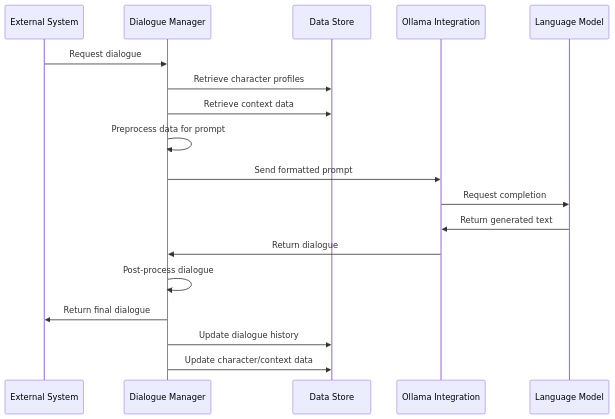
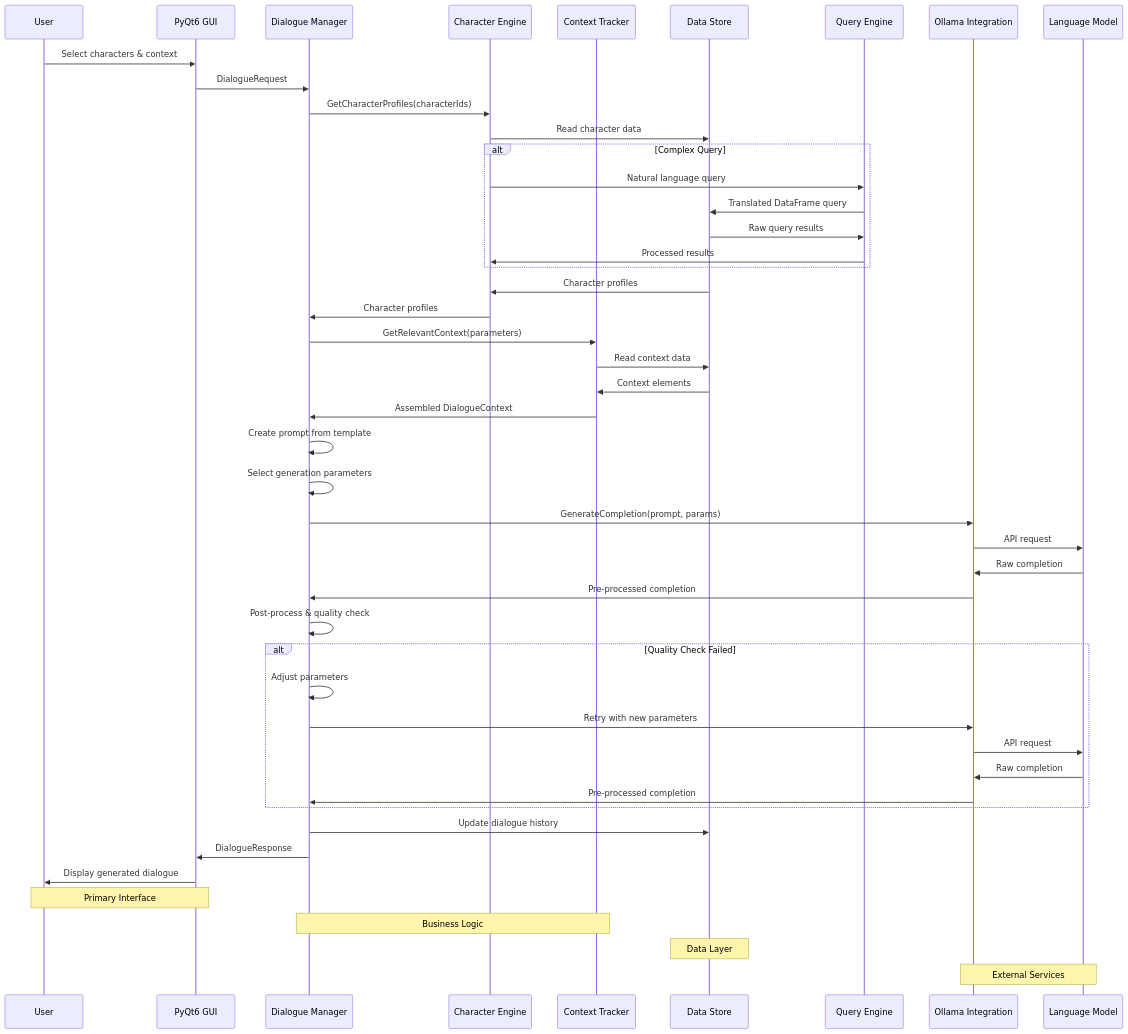
Before and after one commit to NaXzyu/StoryTeller: the fifth of 23 diagrams in docs/Specification.md, drawn with Mermaid. The commit also changed other lines of this file and 5 other files, not shown here.

````diff
--- a/docs/Specification.md
+++ b/docs/Specification.md
@@ -97,21 +404,56 @@
 ```mermaid
 sequenceDiagram
-    participant E as External System
+    participant User as User
+    participant GUI as PyQt6 GUI
     participant DM as Dialogue Manager
+    participant CE as Character Engine
+    participant CT as Context Tracker
     participant DS as Data Store
+    participant QE as Query Engine
     participant OIL as Ollama Integration
     participant LLM as Language Model
     
-    E->>DM: Request dialogue
-    DM->>DS: Retrieve character profiles
-    DM->>DS: Retrieve context data
-    DM->>DM: Preprocess data for prompt
-    DM->>OIL: Send formatted prompt
-    OIL->>LLM: Request completion
-    LLM->>OIL: Return generated text
-    OIL->>DM: Return dialogue
-    DM->>DM: Post-process dialogue
-    DM->>E: Return final dialogue
+    User->>GUI: Select characters & context
+    GUI->>DM: DialogueRequest
+    
+    DM->>CE: GetCharacterProfiles(characterIds)
+    CE->>DS: Read character data
+    alt Complex Query
+        CE->>QE: Natural language query
+        QE->>DS: Translated DataFrame query
+        DS->>QE: Raw query results
+        QE->>CE: Processed results
+    end
+    DS->>CE: Character profiles
+    CE->>DM: Character profiles
+    
+    DM->>CT: GetRelevantContext(parameters)
+    CT->>DS: Read context data
+    DS->>CT: Context elements
+    CT->>DM: Assembled DialogueContext
+    
+    DM->>DM: Create prompt from template
+    DM->>DM: Select generation parameters
+    DM->>OIL: GenerateCompletion(prompt, params)
+    OIL->>LLM: API request
+    LLM->>OIL: Raw completion
+    OIL->>DM: Pre-processed completion
+    
+    DM->>DM: Post-process & quality check
+    alt Quality Check Failed
+        DM->>DM: Adjust parameters
+        DM->>OIL: Retry with new parameters
+        OIL->>LLM: API request
+        LLM->>OIL: Raw completion
+        OIL->>DM: Pre-processed completion
+    end
+    
     DM->>DS: Update dialogue history
-    DM->>DS: Update character/context data
+    DM->>GUI: DialogueResponse
+    GUI->>User: Display generated dialogue
+    
+    note over User,GUI: Primary Interface
+    note over DM,CT: Business Logic
+    note over DS: Data Layer
+    note over OIL,LLM: External Services
 ```
````
